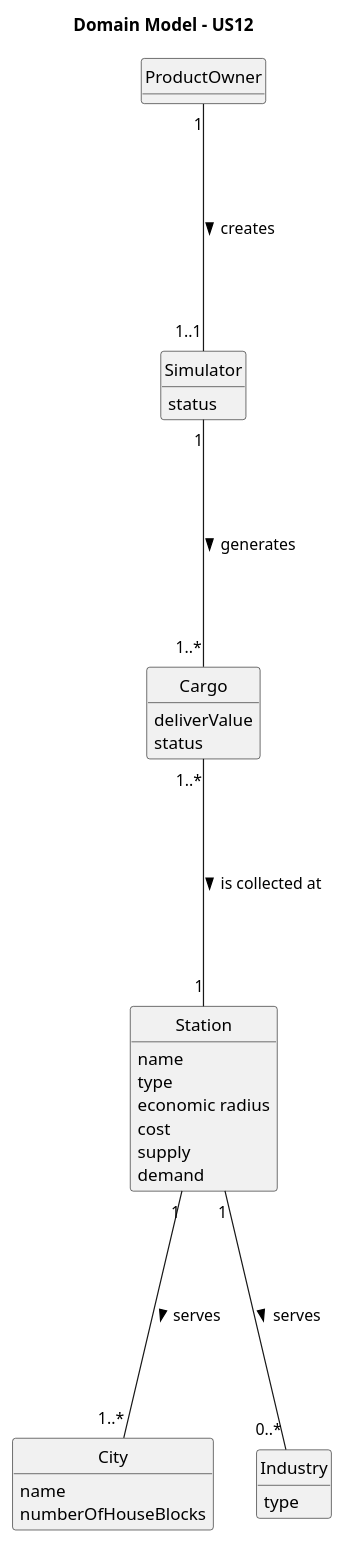
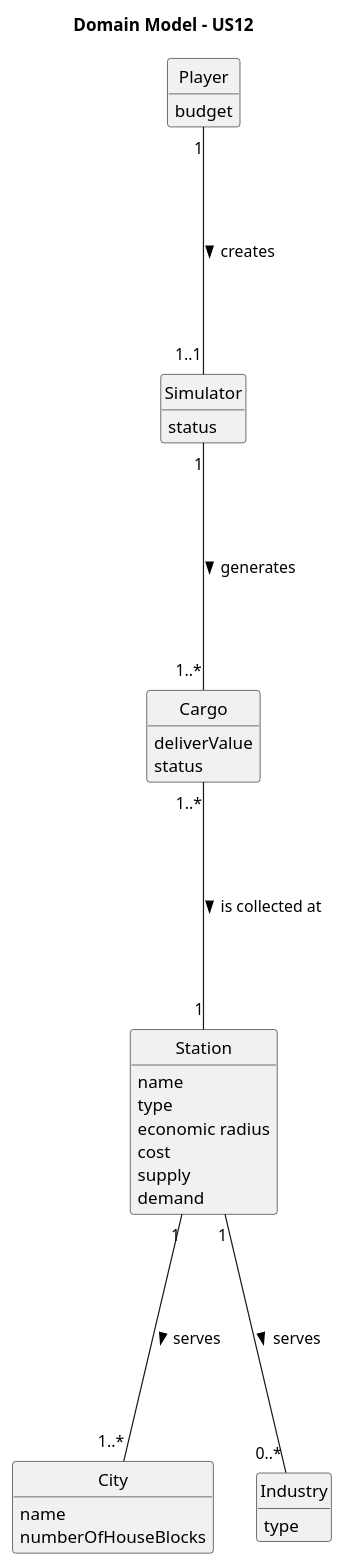
Before and after one commit to Educ00/mdisc-2425: the diagram in docs/system-documentation/sprint 1/US12/02.analysis/puml/US012-DM.puml, drawn with PlantUML. The commit also changed 14 other files, not shown here.

```diff
--- a/docs/system-documentation/sprint 1/US12/02.analysis/puml/US012-DM.puml
+++ b/docs/system-documentation/sprint 1/US12/02.analysis/puml/US012-DM.puml
@@ -1,57 +1,47 @@
 @startuml
 skinparam monochrome true
 skinparam packageStyle rectangle
 skinparam shadowing false
-
-
-
 skinparam classAttributeIconSize 0
-
 hide circle
 hide methods
 
 title Domain Model - US12
-
-class ProductOwner{
-}
-
 
 class Cargo{
 deliverValue
 status
 }
 
 class Station{
 name
 type
 economic radius
 cost
 supply
 demand
 }
 
 class Simulator{
 status
 }
 
 class City {
    name
    numberOfHouseBlocks
 }
 
-
 class Industry{
 type
 }
 
-ProductOwner "1" ---- "1..1" Simulator : creates >
+class Player{
+budget
+}
 
-
+Player "1" ---- "1..1" Simulator : creates >
 Simulator "1" ---- "1..*" Cargo : generates >
-
 Cargo "1..*" ---- "1" Station : is collected at >
-
 Station "1" ---- "1..*" City : serves >
-
 Station "1" ---- "0..*" Industry : serves >
 @enduml
```
